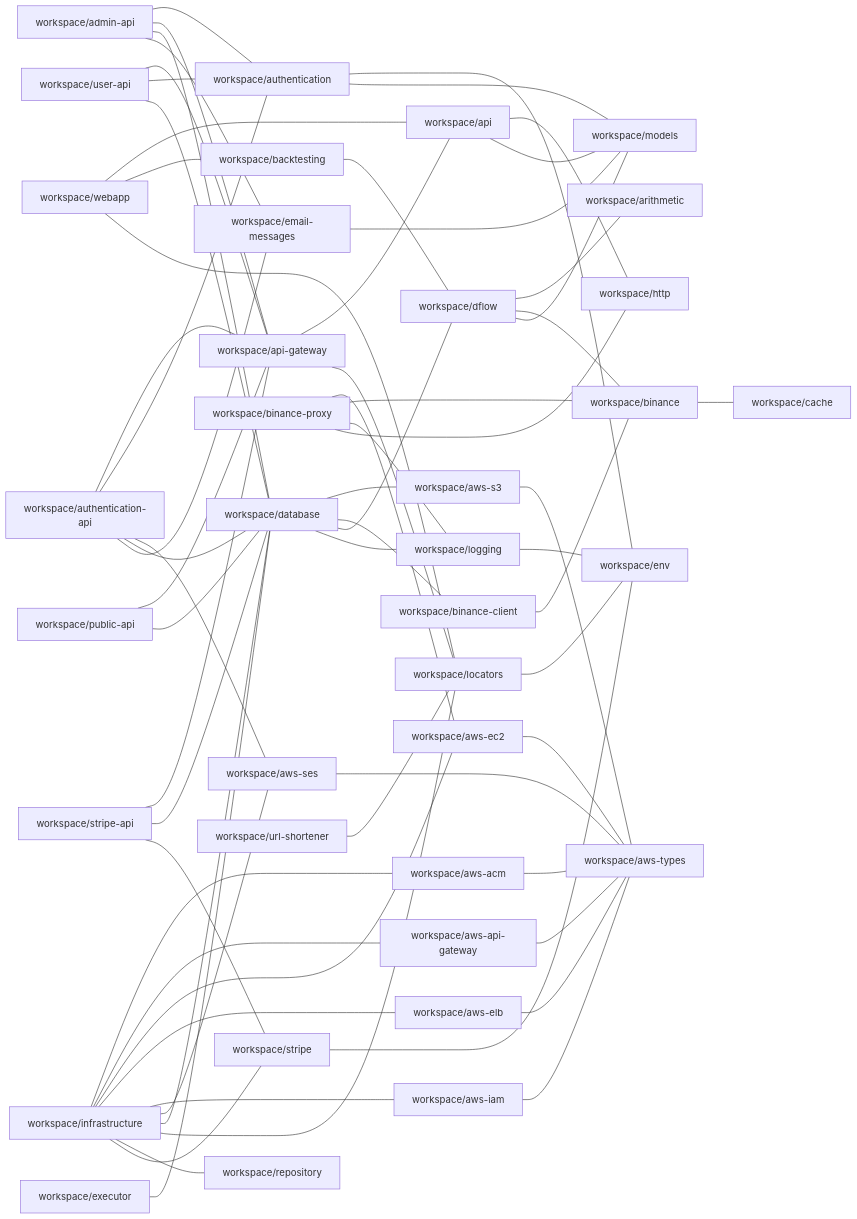
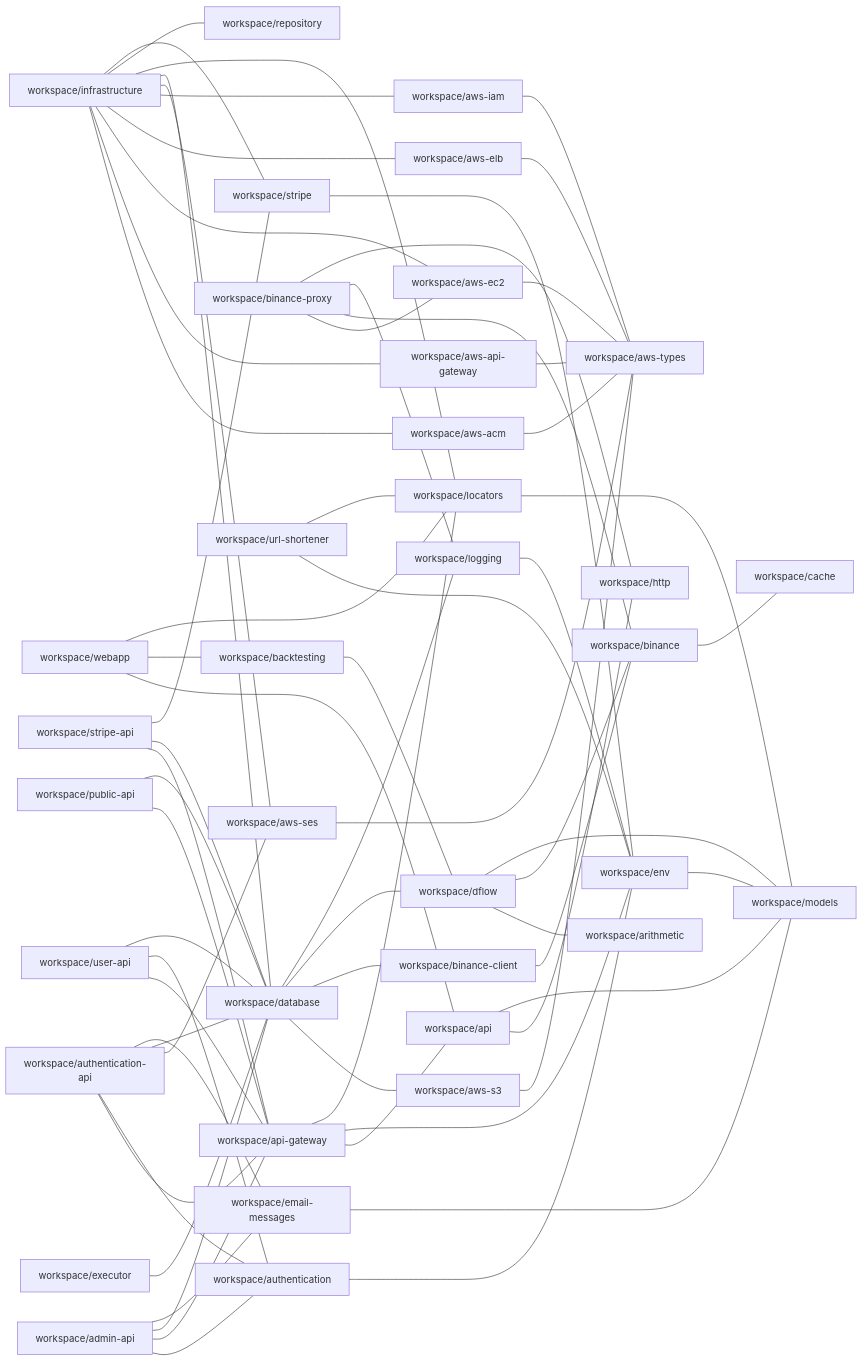
One commit to ggbot-org/ggbot changed the diagram in docs/npm-dependencies.md. Above: the diagram before and after it, drawn with Mermaid. The commit also changed 12 other files, not shown here.

````diff
--- a/docs/npm-dependencies.md
+++ b/docs/npm-dependencies.md
@@ -5,66 +5,68 @@
 ```mermaid
 graph LR
     workspace/admin-api --- workspace/authentication
     workspace/admin-api --- workspace/api-gateway
     workspace/admin-api --- workspace/database
     workspace/admin-api --- workspace/email-messages
     workspace/api --- workspace/http
     workspace/api --- workspace/models
     workspace/api-gateway --- workspace/api
+    workspace/api-gateway --- workspace/env
     workspace/api-gateway --- workspace/locators
     workspace/authentication --- workspace/env
-    workspace/authentication --- workspace/models
     workspace/authentication-api --- workspace/api-gateway
     workspace/authentication-api --- workspace/authentication
     workspace/authentication-api --- workspace/aws-ses
     workspace/authentication-api --- workspace/database
     workspace/authentication-api --- workspace/email-messages
     workspace/aws-acm --- workspace/aws-types
     workspace/aws-api-gateway --- workspace/aws-types
     workspace/aws-ec2 --- workspace/aws-types
     workspace/aws-elb --- workspace/aws-types
     workspace/aws-iam --- workspace/aws-types
     workspace/aws-s3 --- workspace/aws-types
     workspace/aws-ses --- workspace/aws-types
     workspace/backtesting --- workspace/dflow
     workspace/binance --- workspace/cache
     workspace/binance-client --- workspace/binance
     workspace/binance-proxy --- workspace/aws-ec2
     workspace/binance-proxy --- workspace/binance
     workspace/binance-proxy --- workspace/logging
     workspace/binance-proxy --- workspace/http
     workspace/database --- workspace/aws-s3
     workspace/database --- workspace/binance-client
     workspace/database --- workspace/dflow
     workspace/database --- workspace/logging
     workspace/dflow --- workspace/arithmetic
     workspace/dflow --- workspace/binance
     workspace/dflow --- workspace/models
     workspace/email-messages --- workspace/models
+    workspace/env --- workspace/models
     workspace/executor --- workspace/database
     workspace/infrastructure --- workspace/aws-acm
     workspace/infrastructure --- workspace/aws-api-gateway
     workspace/infrastructure --- workspace/aws-ec2
     workspace/infrastructure --- workspace/aws-elb
     workspace/infrastructure --- workspace/aws-iam
     workspace/infrastructure --- workspace/aws-ses
     workspace/infrastructure --- workspace/database
     workspace/infrastructure --- workspace/locators
     workspace/infrastructure --- workspace/repository
     workspace/infrastructure --- workspace/stripe
-    workspace/locators --- workspace/env
+    workspace/locators --- workspace/models
     workspace/logging --- workspace/env
     workspace/public-api --- workspace/api-gateway
     workspace/public-api --- workspace/database
     workspace/stripe --- workspace/env
     workspace/stripe-api --- workspace/api-gateway
     workspace/stripe-api --- workspace/database
     workspace/stripe-api --- workspace/stripe
+    workspace/url-shortener --- workspace/env
     workspace/url-shortener --- workspace/locators
     workspace/user-api --- workspace/api-gateway
     workspace/user-api --- workspace/authentication
     workspace/user-api --- workspace/database
     workspace/webapp --- workspace/api
     workspace/webapp --- workspace/backtesting
     workspace/webapp --- workspace/locators
 ```
````
